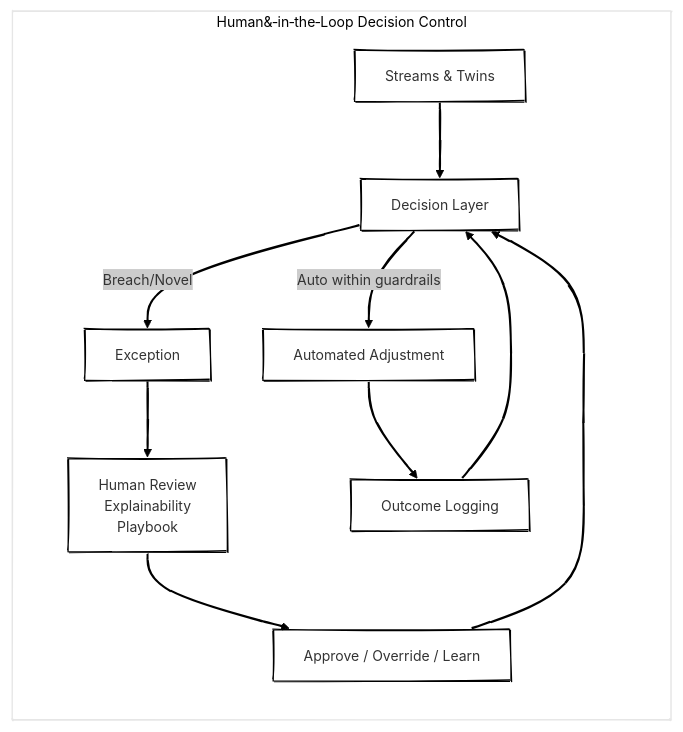
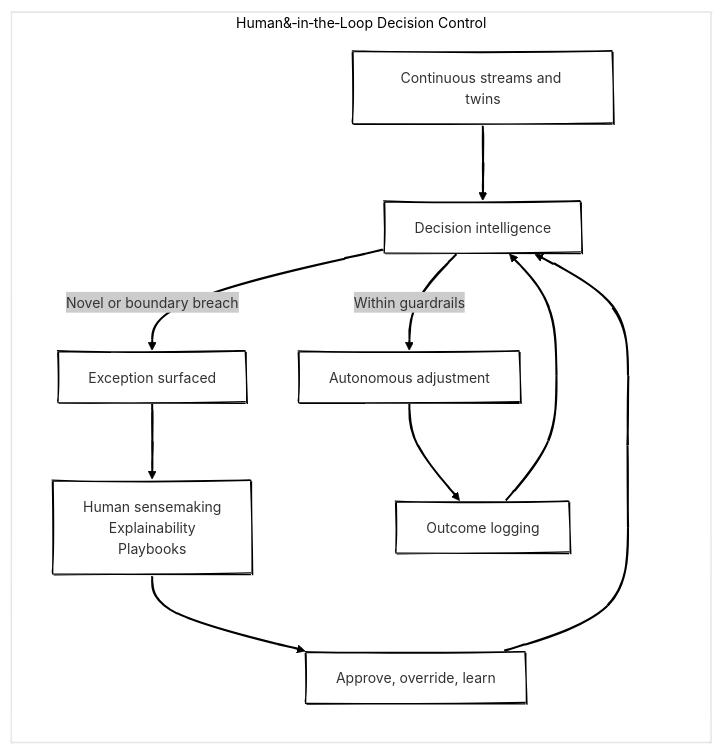
One commit to antomon/antomon.github.io changed the sixth of 8 diagrams in posts/from-planning-to-orchestration-reimagining-enterprise-beyond-S&OP/index.qmd. Above: the diagram before and after it, drawn with Mermaid. The commit also changed other lines of this file and 4 other files, not shown here.

````diff
--- a/posts/from-planning-to-orchestration-reimagining-enterprise-beyond-S&OP/index.qmd
+++ b/posts/from-planning-to-orchestration-reimagining-enterprise-beyond-S&OP/index.qmd
@@ -314,20 +365,33 @@
 ```{mermaid}
 %%| label: fig-control-tower
-%%| fig-cap: Control tower by exception, fewer meetings, faster learning
-%%| fig-alt: Exceptions surface to humans; routine adjustments stay automated
+%%| fig-cap: "Control by exception: human oversight embedded in continuous orchestration"
+%%| fig-alt: "Exceptions surface to humans; routine adjustments stay automated"
 %%| fig-align: "center"
 %%{init: {"theme": "neo", "look": "handDrawn"}}%%
 
 flowchart LR
 
   subgraph HLO[Human&#8209;in#8209;the#8209;Loop&nbsp;Decision&nbsp;Control]
-    S["Streams & Twins"] --> D["Decision Layer"]
-    D -- Auto within guardrails --> R["Automated Adjustment"]
-    D -- Breach/Novel --> X["Exception"]
-    X --> H["Human Review<br>Explainability<br/>Playbook"]
-    H --> A["Approve / Override / Learn"]
+    S["Continuous streams and twins"] --> 
+    D["Decision intelligence"]
+
+    D -- "Within guardrails" --> 
+    R["Autonomous adjustment"]
+
+    D -- "Novel or boundary breach" --> 
+    X["Exception surfaced"]
+
+    X --> 
+    H["Human sensemaking<br/>Explainability<br/>Playbooks"]
+
+    H --> 
+    A["Approve, override, learn"]
+
     A --> D
-    R --> L["Outcome Logging"]
+
+    R --> 
+    L["Outcome logging"]
+
     L --> D
   end
 ```
````
